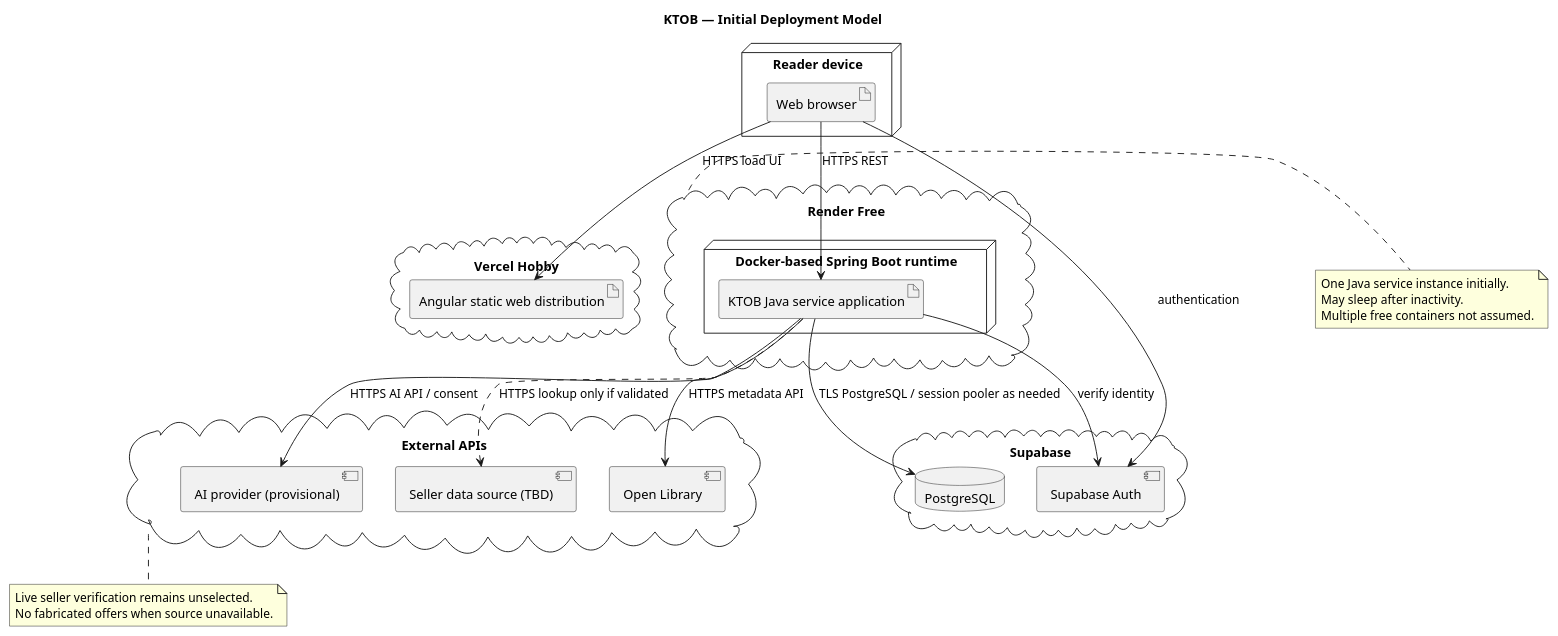
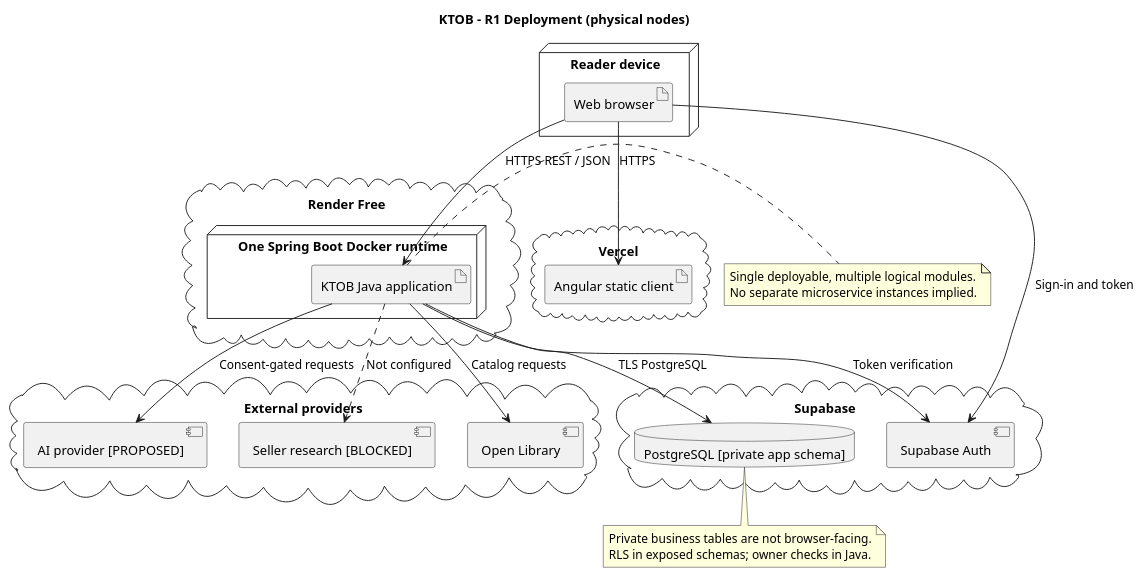
Before and after one commit to Adam-BArbia/ktob-literary-companion: the diagram in docs/uml/05-deployment.puml, drawn with PlantUML. The commit also changed 15 other files, not shown here.

Commit message:
docs(uml): reconcile consent, reading, ownership, offers and export across 16 diagrams

```diff
--- a/docs/uml/05-deployment.puml
+++ b/docs/uml/05-deployment.puml
@@ -1,40 +1,39 @@
 @startuml KTOB_05_deployment
-title KTOB — Initial Deployment Model
-node "Reader device" as Client {
+title KTOB - R1 Deployment (physical nodes)
+node "Reader device" {
  artifact "Web browser" as Browser
 }
-cloud "Vercel Hobby" as Vercel {
- artifact "Angular static web distribution" as Frontend
+cloud "Vercel" {
+ artifact "Angular static client" as Angular
 }
-cloud "Render Free" as Render {
- node "Docker-based Spring Boot runtime" as Runtime {
-  artifact "KTOB Java service application" as Jar
+cloud "Render Free" {
+ node "One Spring Boot Docker runtime" {
+  artifact "KTOB Java application" as Backend
  }
 }
-cloud "Supabase" as Supa {
- database "PostgreSQL" as DB
+cloud "Supabase" {
+ database "PostgreSQL [private app schema]" as Database
  component "Supabase Auth" as Auth
 }
-cloud "External APIs" as Providers {
- component "Open Library" as Open
- component "AI provider (provisional)" as AI
- component "Seller data source (TBD)" as Seller
+cloud "External providers" {
+ component "Open Library" as OL
+ component "AI provider [PROPOSED]" as AI
+ component "Seller research [BLOCKED]" as Seller
 }
-Browser --> Frontend : HTTPS load UI
-Browser --> Jar : HTTPS REST
-Browser --> Auth : authentication
-Jar --> Auth : verify identity
-Jar --> DB : TLS PostgreSQL / session pooler as needed
-Jar --> Open : HTTPS metadata API
-Jar --> AI : HTTPS AI API / consent
-Jar ..> Seller : HTTPS lookup only if validated
-note right of Render
-One Java service instance initially.
-May sleep after inactivity.
-Multiple free containers not assumed.
+Browser --> Angular : HTTPS
+Browser --> Backend : HTTPS REST / JSON
+Browser --> Auth : Sign-in and token
+Backend --> Auth : Token verification
+Backend --> Database : TLS PostgreSQL
+Backend --> OL : Catalog requests
+Backend --> AI : Consent-gated requests
+Backend ..> Seller : Not configured
+note right of Backend
+Single deployable, multiple logical modules.
+No separate microservice instances implied.
 end note
-note bottom of Providers
-Live seller verification remains unselected.
-No fabricated offers when source unavailable.
+note bottom of Database
+Private business tables are not browser-facing.
+RLS in exposed schemas; owner checks in Java.
 end note
 @enduml
```
